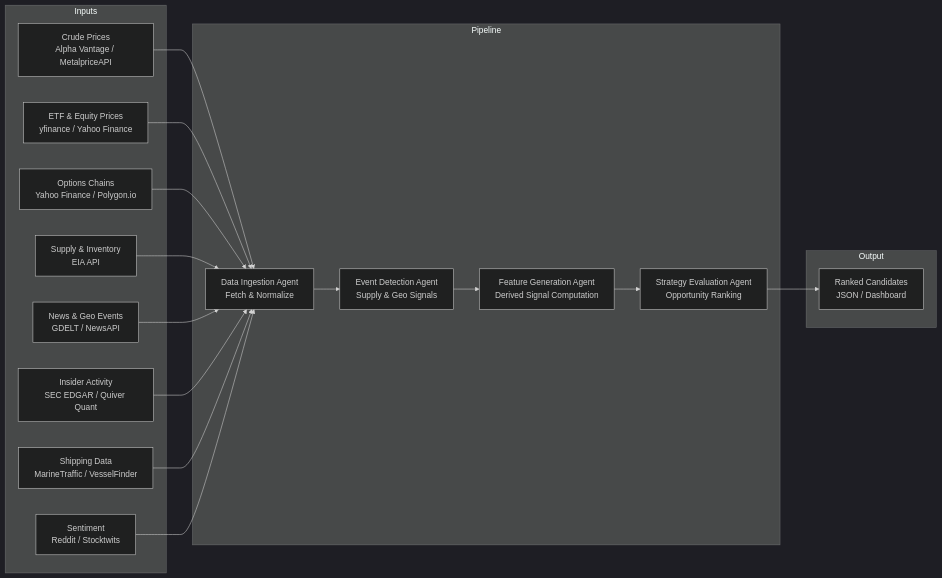
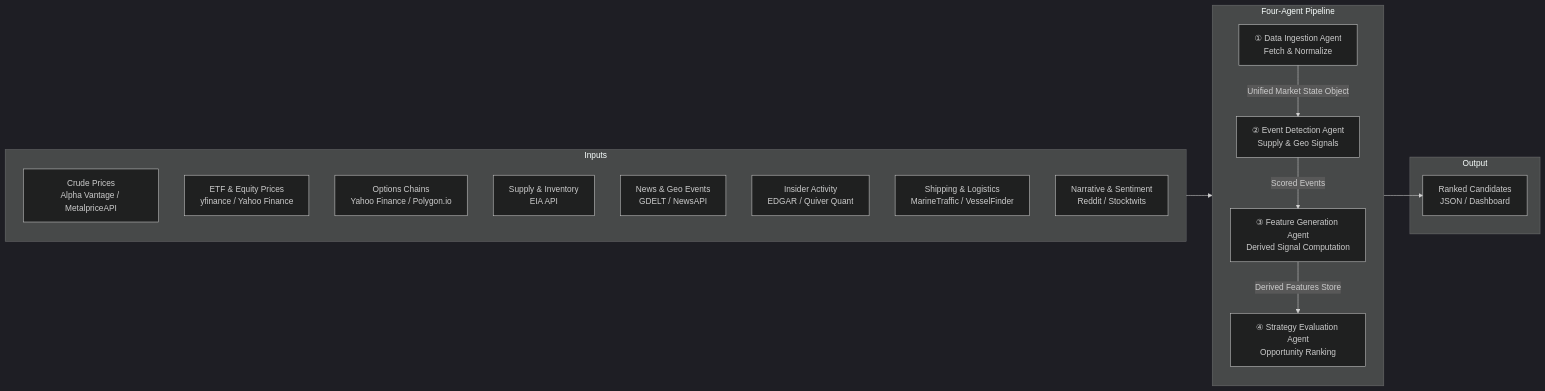
Before and after one commit to jeisenback/golden_boy_peanuts: the first of 2 diagrams in docs/generated/user_guide_full-pipeline.md, drawn with Mermaid (dark theme). The commit also changed other lines of this file, not shown here.

````diff
--- a/docs/generated/user_guide_full-pipeline.md
+++ b/docs/generated/user_guide_full-pipeline.md
@@ -27,30 +25,31 @@
 ```mermaid
 flowchart LR
     subgraph Inputs
         A1[Crude Prices\nAlpha Vantage / MetalpriceAPI]
         A2[ETF & Equity Prices\nyfinance / Yahoo Finance]
         A3[Options Chains\nYahoo Finance / Polygon.io]
         A4[Supply & Inventory\nEIA API]
         A5[News & Geo Events\nGDELT / NewsAPI]
-        A6[Insider Activity\nSEC EDGAR / Quiver Quant]
-        A7[Shipping Data\nMarineTraffic / VesselFinder]
-        A8[Sentiment\nReddit / Stocktwits]
+        A6[Insider Activity\nEDGAR / Quiver Quant]
+        A7[Shipping & Logistics\nMarineTraffic / VesselFinder]
+        A8[Narrative & Sentiment\nReddit / Stocktwits]
     end
 
-    subgraph Pipeline
-        B[Data Ingestion Agent\nFetch & Normalize]
-        C[Event Detection Agent\nSupply & Geo Signals]
-        D[Feature Generation Agent\nDerived Signal Computation]
-        E[Strategy Evaluation Agent\nOpportunity Ranking]
+    subgraph Pipeline ["Four-Agent Pipeline"]
+        direction TB
+        B1["① Data Ingestion Agent\nFetch & Normalize"]
+        B2["② Event Detection Agent\nSupply & Geo Signals"]
+        B3["③ Feature Generation Agent\nDerived Signal Computation"]
+        B4["④ Strategy Evaluation Agent\nOpportunity Ranking"]
     end
 
     subgraph Output
-        F[Ranked Candidates\nJSON / Dashboard]
+        C1[Ranked Candidates\nJSON / Dashboard]
     end
 
-    A1 & A2 & A3 & A4 & A5 & A6 & A7 & A8 --> B
-    B --> C
-    C --> D
-    D --> E
-    E --> F
+    Inputs --> B1
+    B1 -->|Unified Market State Object| B2
+    B2 -->|Scored Events| B3
+    B3 -->|Derived Features Store| B4
+    B4 --> C1
 ```
````
